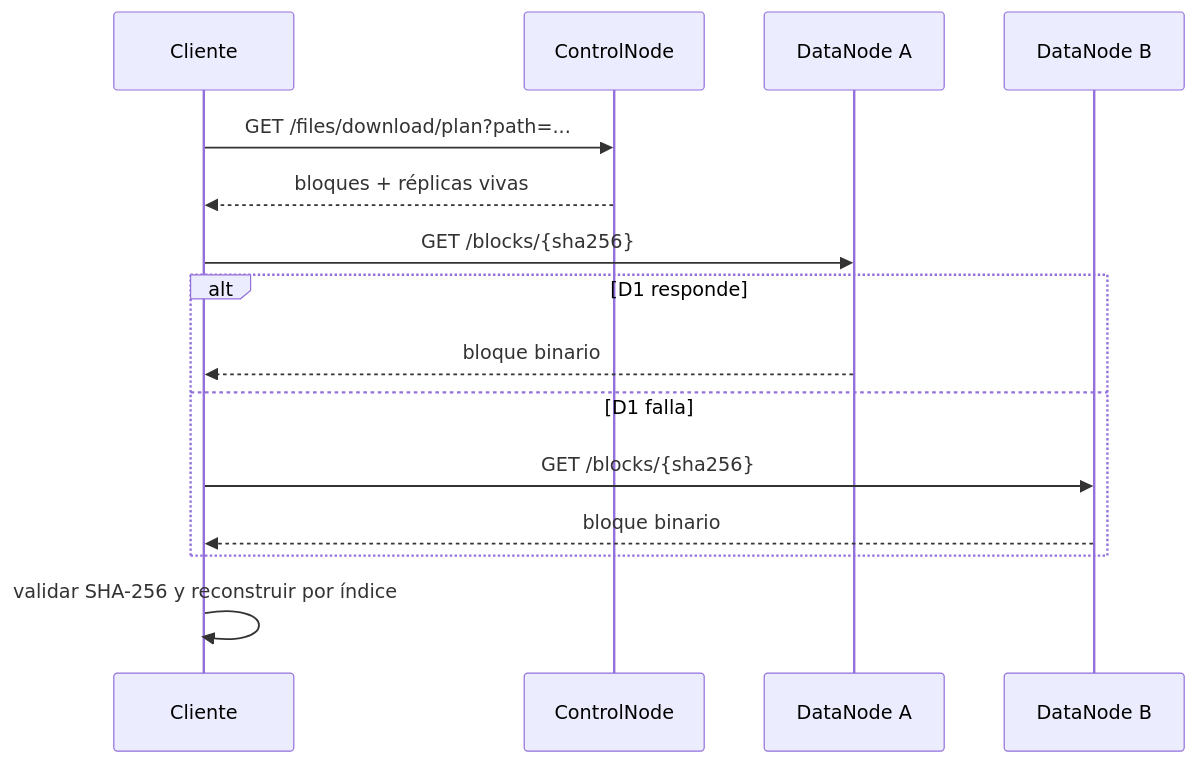
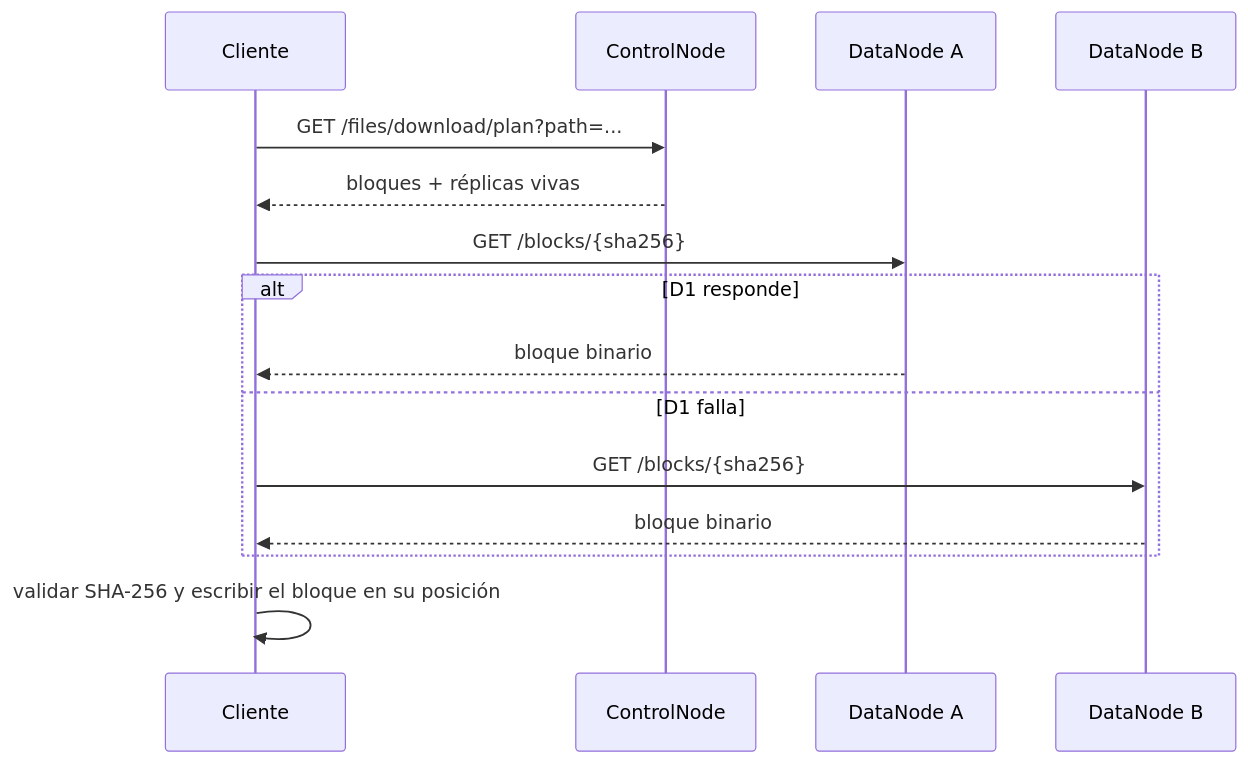
Before and after one commit to AndresVelezR/DFSha---Distributed-Systems: the third of 3 diagrams in docs/hito-2-arquitectura-y-comunicaciones.md, drawn with Mermaid. The commit also changed other lines of this file and 1 other file, not shown here.

````diff
--- a/docs/hito-2-arquitectura-y-comunicaciones.md
+++ b/docs/hito-2-arquitectura-y-comunicaciones.md
@@ -136,17 +176,17 @@
 ```mermaid
 sequenceDiagram
     participant C as Cliente
     participant CN as ControlNode
     participant D1 as DataNode A
     participant D2 as DataNode B
     C->>CN: GET /files/download/plan?path=...
     CN-->>C: bloques + réplicas vivas
     C->>D1: GET /blocks/{sha256}
     alt D1 responde
       D1-->>C: bloque binario
     else D1 falla
       C->>D2: GET /blocks/{sha256}
       D2-->>C: bloque binario
     end
-    C->>C: validar SHA-256 y reconstruir por índice
+    C->>C: validar SHA-256 y escribir el bloque en su posición
 ```
````
